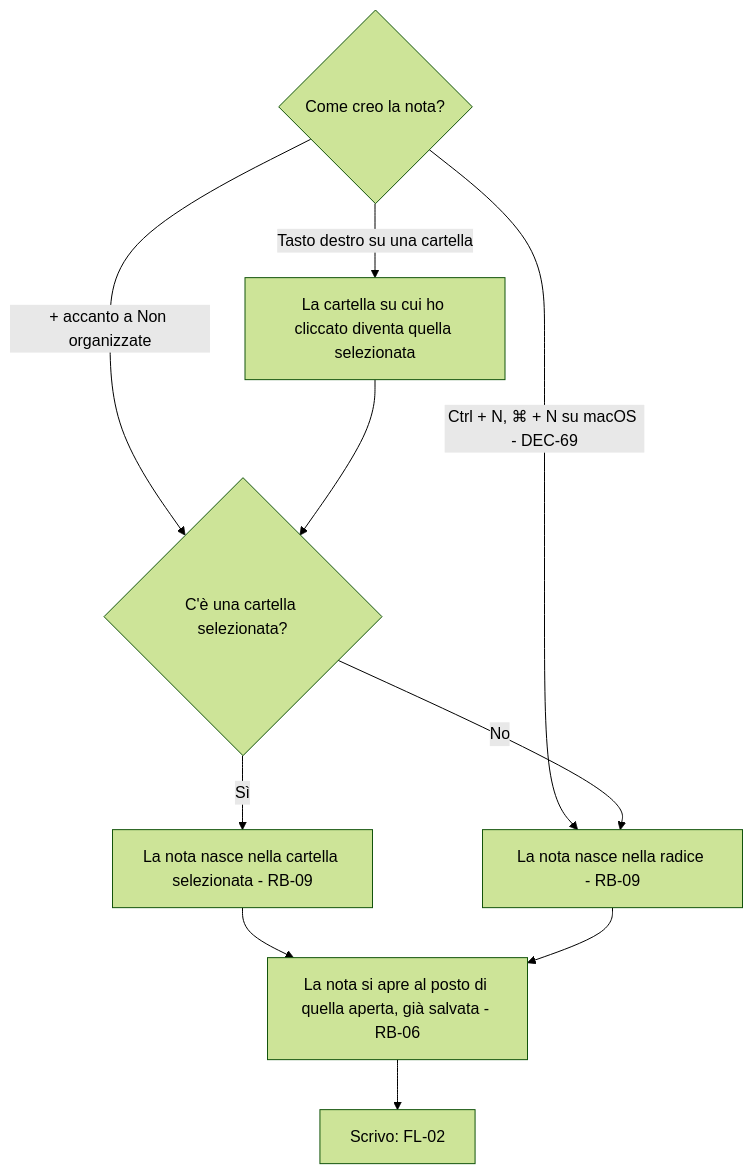
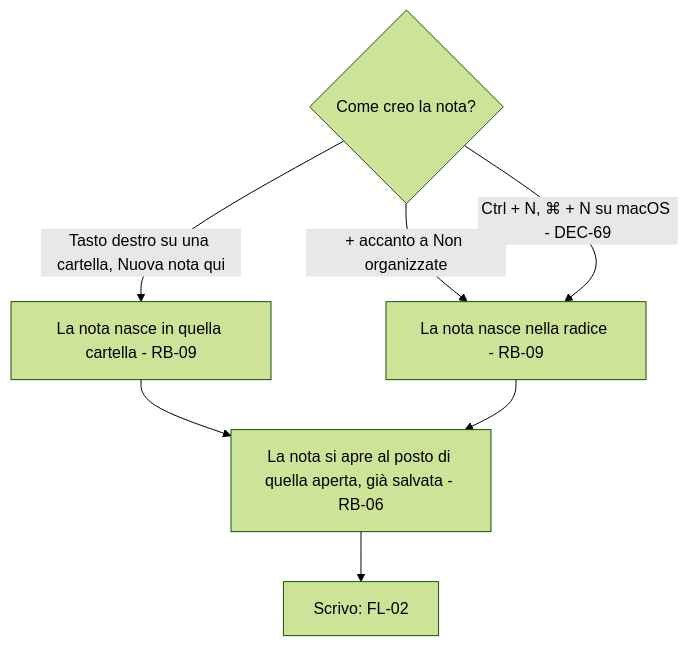
The second of 5 diagrams in docs/moduli/note/2-flussi.md (Helmutsti/MemoDu), drawn with Mermaid (forest theme) before and after one commit. The commit also changed other lines of this file and 40 other files, not shown here.

````diff
--- a/docs/moduli/note/2-flussi.md
+++ b/docs/moduli/note/2-flussi.md
@@ -55,12 +55,10 @@
 ```mermaid
 flowchart TD
-    A{Come creo la nota?} -- + accanto a Non organizzate --> B
+    A{Come creo la nota?} -- + accanto a Non organizzate --> E
     A -- Ctrl + N, ⌘ + N su macOS - DEC-69 --> E
-    A -- Tasto destro su una cartella --> C[La cartella su cui ho cliccato diventa quella selezionata]
-    C --> B{C'è una cartella selezionata?}
-    B -- Sì --> D[La nota nasce nella cartella selezionata - RB-09]
-    B -- No --> E[La nota nasce nella radice - RB-09]
+    A -- Tasto destro su una cartella, Nuova nota qui --> D[La nota nasce in quella cartella - RB-09]
+    E[La nota nasce nella radice - RB-09]
     D --> F[La nota si apre al posto di quella aperta, già salvata - RB-06]
     E --> F
     F --> G[Scrivo: FL-02]
 ```
````
